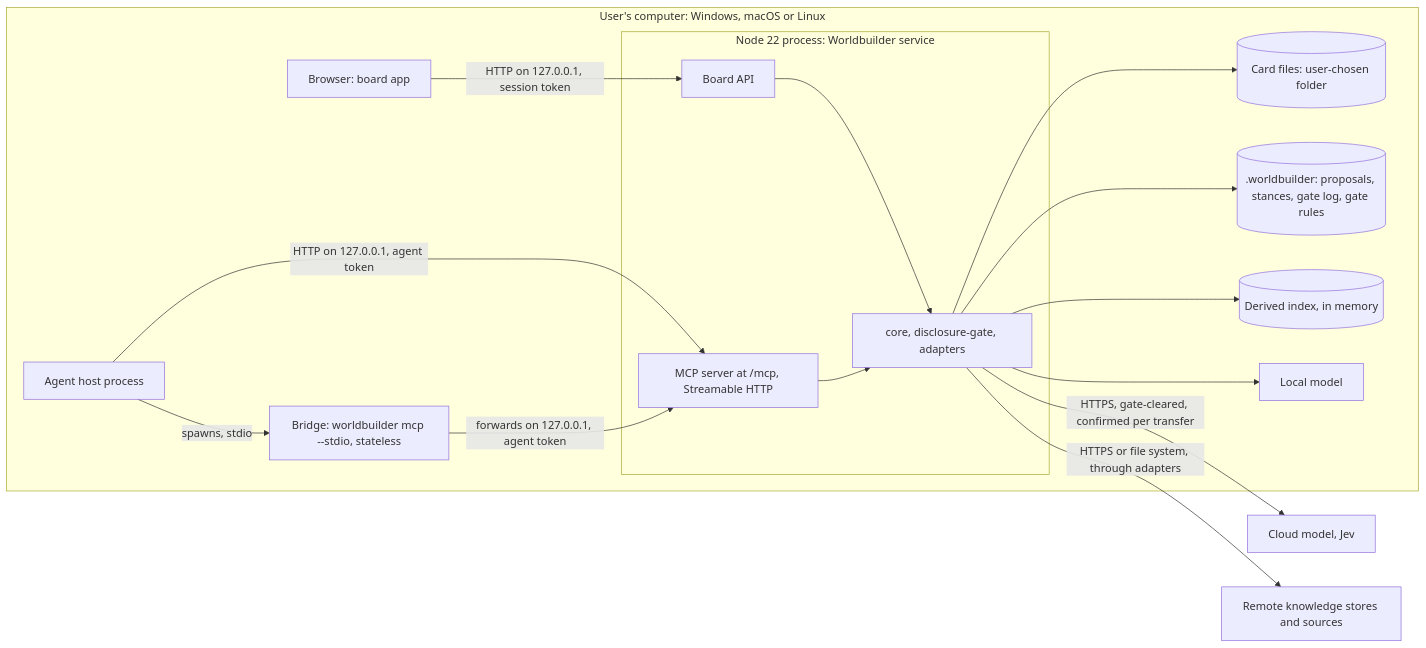
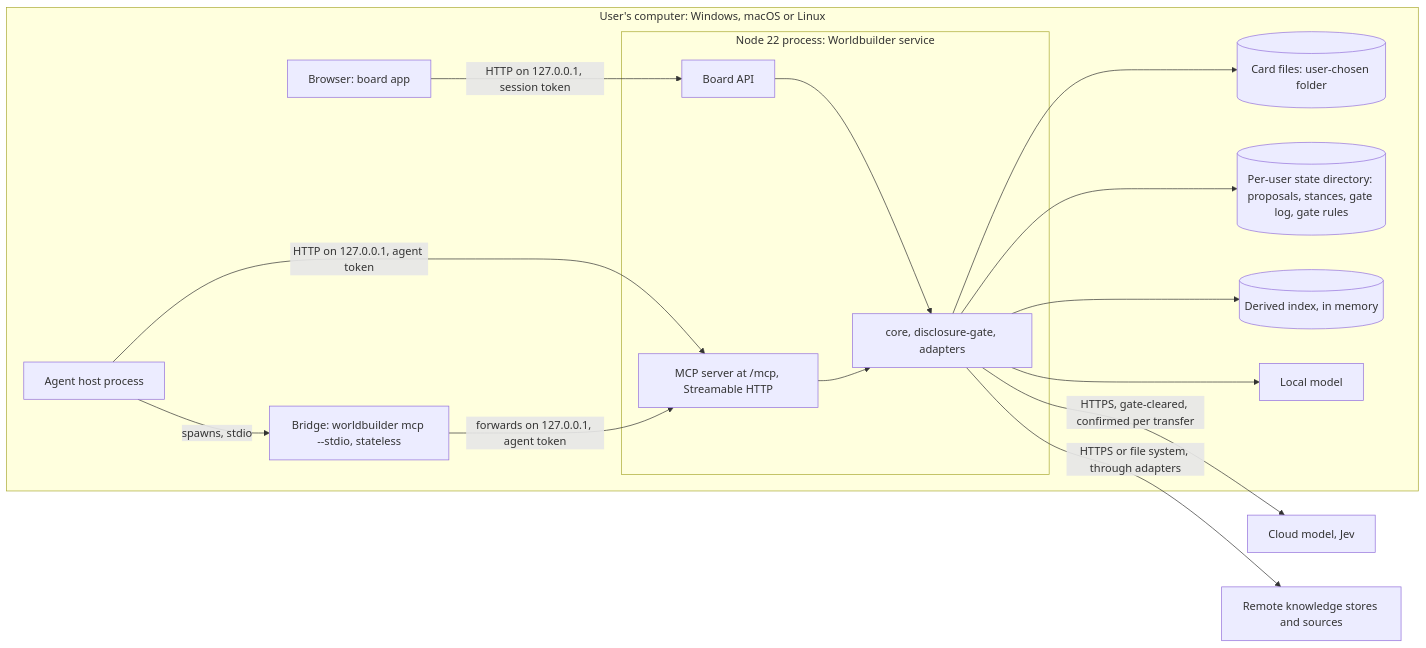
One commit to Reraise-ai/reraise-app changed the diagram in docs/architecture/07-deployment.md. Above: the diagram before and after it, drawn with Mermaid. The commit also changed other lines of this file and 6 other files, not shown here.

First line of the commit message:
docs(architecture): align pages with the revised local-runtime ADRs

````diff
--- a/docs/architecture/07-deployment.md
+++ b/docs/architecture/07-deployment.md
@@ -12,32 +12,32 @@
 ```mermaid
 flowchart LR
   subgraph device [User's computer: Windows, macOS or Linux]
     browser[Browser: board app]
     subgraph node [Node 22 process: Worldbuilder service]
       api[Board API]
       mcphttp[MCP server at /mcp, Streamable HTTP]
       libs[core, disclosure-gate, adapters]
     end
     agentproc[Agent host process]
     mcpstdio[Bridge: worldbuilder mcp --stdio, stateless]
     files[(Card files: user-chosen folder)]
-    local[(.worldbuilder: proposals, stances, gate log, gate rules)]
+    local[(Per-user state directory: proposals, stances, gate log, gate rules)]
     index[(Derived index, in memory)]
     localmodel[Local model]
   end
   cloud[Cloud model, Jev]
   remote[Remote knowledge stores and sources]
 
   browser -- "HTTP on 127.0.0.1, session token" --> api
   agentproc -- "HTTP on 127.0.0.1, agent token" --> mcphttp
   agentproc -- "spawns, stdio" --> mcpstdio
   mcpstdio -- "forwards on 127.0.0.1, agent token" --> mcphttp
   api --> libs
   mcphttp --> libs
   libs --> files
   libs --> local
   libs --> index
   libs --> localmodel
   libs -- "HTTPS, gate-cleared, confirmed per transfer" --> cloud
   libs -- "HTTPS or file system, through adapters" --> remote
 ```
````
